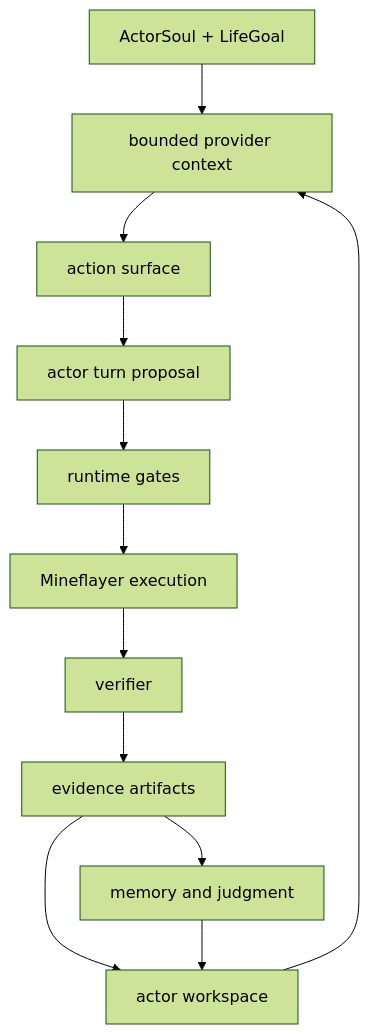
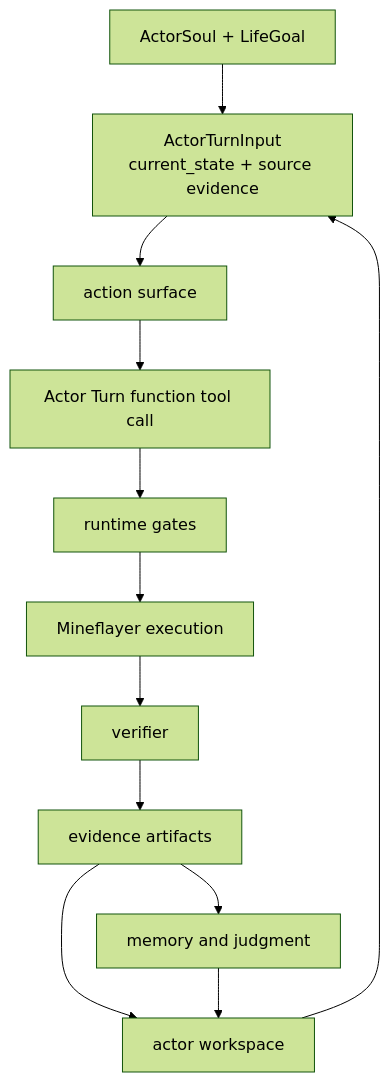
Before and after one commit to gigio1023/minecraft-llm-agent-community: the diagram in docs/public-docs/architecture.md, drawn with Mermaid (forest theme). The commit also changed other lines of this file and 37 other files, not shown here.

Commit message:
Refine Actor Turn source evidence context

````diff
--- a/docs/public-docs/architecture.md
+++ b/docs/public-docs/architecture.md
@@ -51,25 +56,25 @@
 ```mermaid
 flowchart TD
   Soul["ActorSoul + LifeGoal"]
   Workspace["actor workspace"]
-  Context["bounded provider context"]
+  Context["ActorTurnInput<br/>current_state + source evidence"]
   Surface["action surface"]
-  Proposal["actor turn proposal"]
+  Proposal["Actor Turn function tool call"]
   Gate["runtime gates"]
   Minecraft["Mineflayer execution"]
   Verify["verifier"]
   Evidence["evidence artifacts"]
   Memory["memory and judgment"]
 
   Soul --> Context
   Workspace --> Context
   Context --> Surface
   Surface --> Proposal
   Proposal --> Gate
   Gate --> Minecraft
   Minecraft --> Verify
   Verify --> Evidence
   Evidence --> Workspace
   Evidence --> Memory
   Memory --> Workspace
 ```
````
